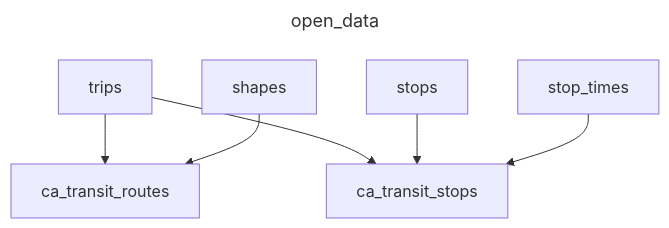
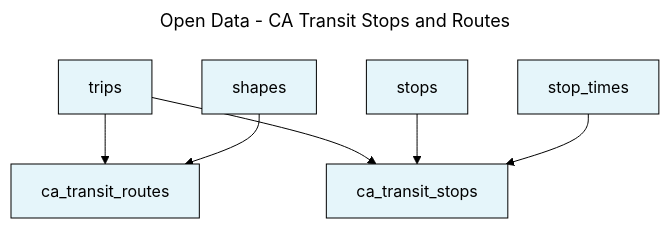
The diagram in open_data/mermaid.md (cal-itp/data-analyses), drawn with Mermaid before and after one commit. The commit also changed 2 other files, not shown here.

````diff
--- a/open_data/mermaid.md
+++ b/open_data/mermaid.md
@@ -1,11 +1,25 @@
 ```mermaid
 ---
-title: open_data
+title: Open Data - CA Transit Stops and Routes
 ---
+%%{
+  init: {
+    'theme': 'base',
+    'themeVariables': {
+      'primaryColor': '#E5F5FA',
+      'primaryTextColor': '#000',
+      'primaryBorderColor': '#000',
+      'lineColor': '#000',
+      'secondaryColor': '#EFF7EB',
+      'tertiaryColor': '#fff'
+    }
+  }
+}%%
+
 flowchart TB;
     trips --> ca_transit_routes;
     shapes --> ca_transit_routes
     trips --> ca_transit_stops;
     stops --> ca_transit_stops;
     stop_times --> ca_transit_stops;
 ```
````
